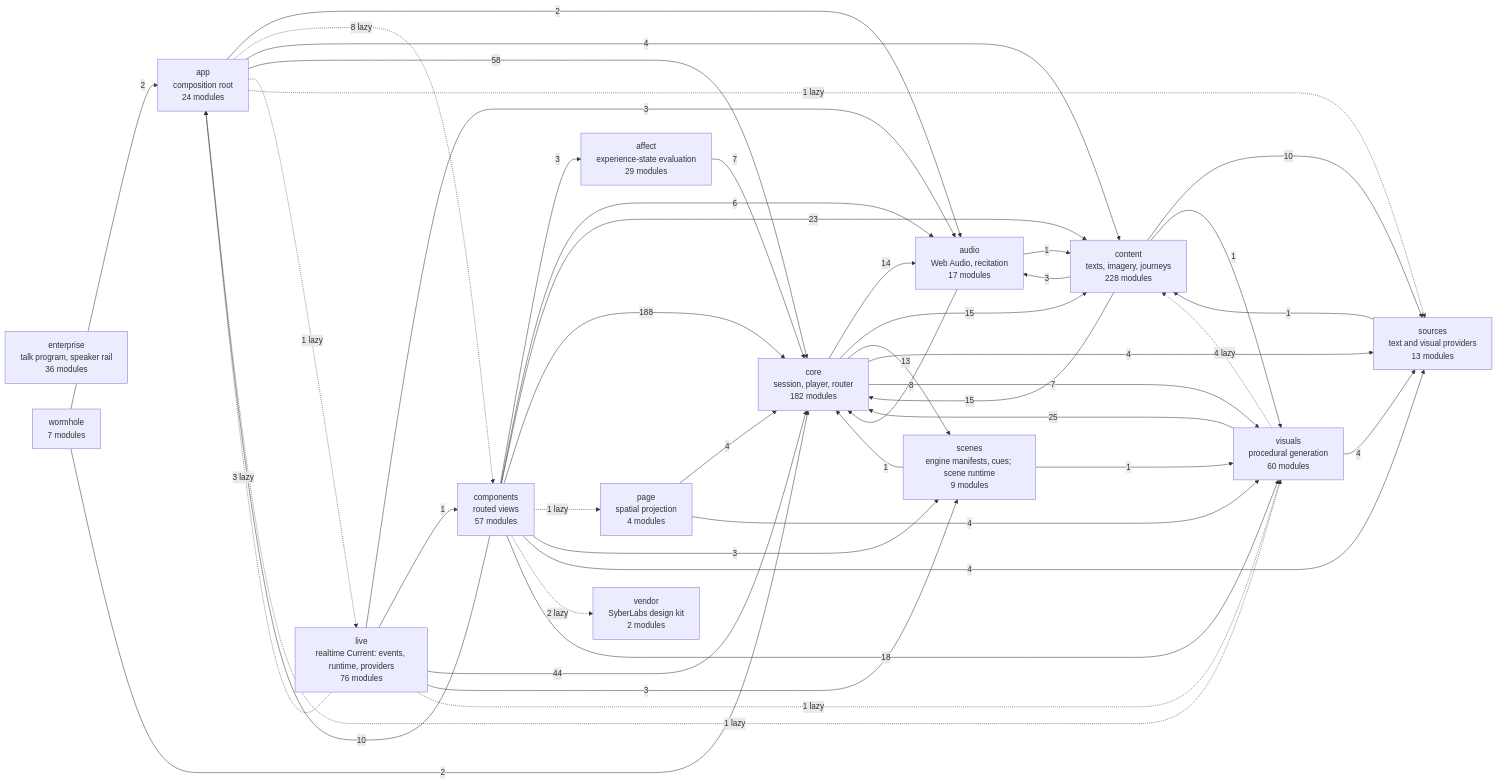
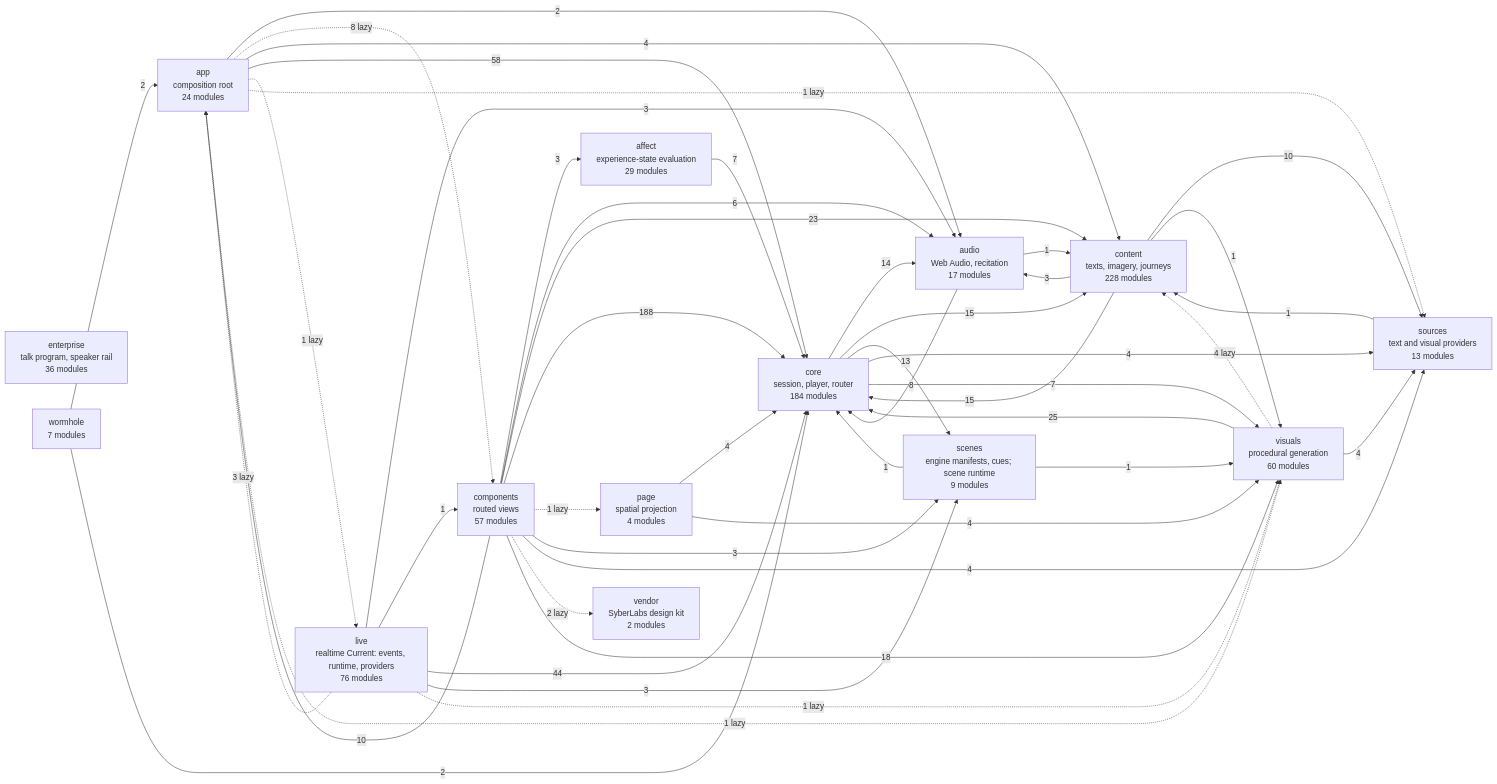
One commit to SyberLabs/RISE changed the diagram in docs/specs/ARCHITECTURE.md. Above: the diagram before and after it, drawn with Mermaid. The commit also changed 27 other files, not shown here.

First line of the commit message:
RISE draws its own figures with the Figure Kit: bars, flows, columns and stacks whose labels cannot collide (#686)

````diff
--- a/docs/specs/ARCHITECTURE.md
+++ b/docs/specs/ARCHITECTURE.md
@@ -161,63 +161,63 @@
 ```mermaid
 flowchart LR
     affect["affect<br/>experience-state evaluation<br/>29 modules"]
     app["app<br/>composition root<br/>24 modules"]
     audio["audio<br/>Web Audio, recitation<br/>17 modules"]
     components["components<br/>routed views<br/>57 modules"]
     content["content<br/>texts, imagery, journeys<br/>228 modules"]
-    core["core<br/>session, player, router<br/>182 modules"]
+    core["core<br/>session, player, router<br/>184 modules"]
     enterprise["enterprise<br/>talk program, speaker rail<br/>36 modules"]
     live["live<br/>realtime Current: events, runtime, providers<br/>76 modules"]
     page["page<br/>spatial projection<br/>4 modules"]
     scenes["scenes<br/>engine manifests, cues; scene runtime<br/>9 modules"]
     sources["sources<br/>text and visual providers<br/>13 modules"]
     vendor["vendor<br/>SyberLabs design kit<br/>2 modules"]
     visuals["visuals<br/>procedural generation<br/>60 modules"]
     wormhole["wormhole<br/>7 modules"]
 
     affect --> |7| core
     app --> |2| audio
     app -.-> |8 lazy| components
     app --> |4| content
     app --> |58| core
     app -.-> |1 lazy| live
     app -.-> |1 lazy| sources
     app -.-> |1 lazy| visuals
     audio --> |1| content
     audio --> |8| core
     components --> |3| affect
     components --> |10| app
     components --> |6| audio
     components --> |23| content
     components --> |188| core
     components -.-> |1 lazy| page
     components --> |3| scenes
     components --> |4| sources
     components -.-> |2 lazy| vendor
     components --> |18| visuals
     content --> |3| audio
     content --> |15| core
     content --> |10| sources
     content --> |1| visuals
     core --> |14| audio
     core --> |15| content
     core --> |13| scenes
     core --> |4| sources
     core --> |7| visuals
     live -.-> |3 lazy| app
     live --> |3| audio
     live --> |1| components
     live --> |44| core
     live --> |3| scenes
     live -.-> |1 lazy| visuals
     page --> |4| core
     page --> |4| visuals
     scenes --> |1| core
     scenes --> |1| visuals
     sources --> |1| content
     visuals -.-> |4 lazy| content
     visuals --> |25| core
     visuals --> |4| sources
     wormhole --> |2| app
     wormhole --> |2| core
 ```
````
